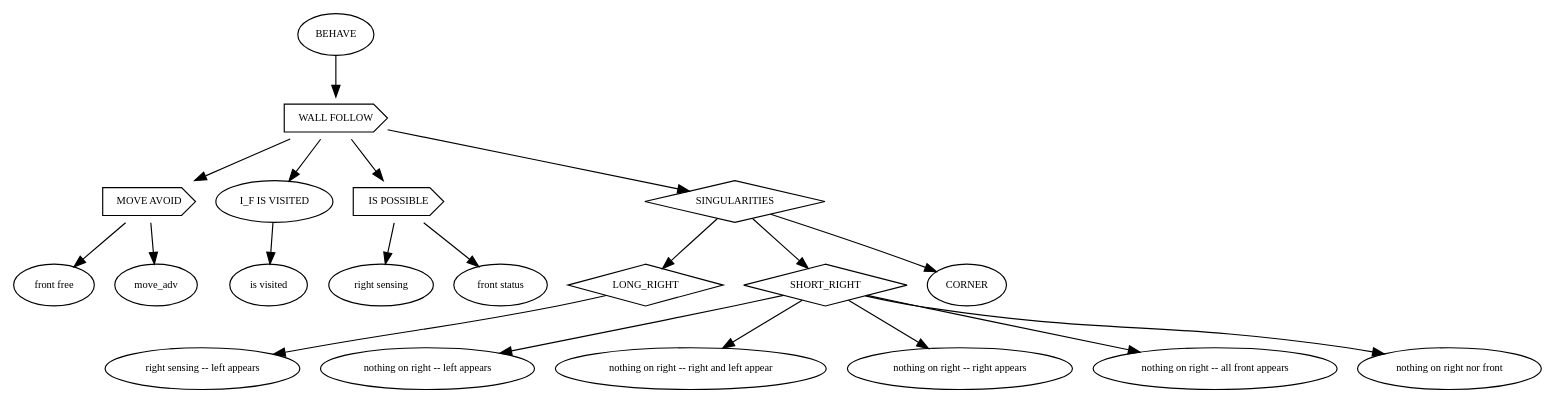
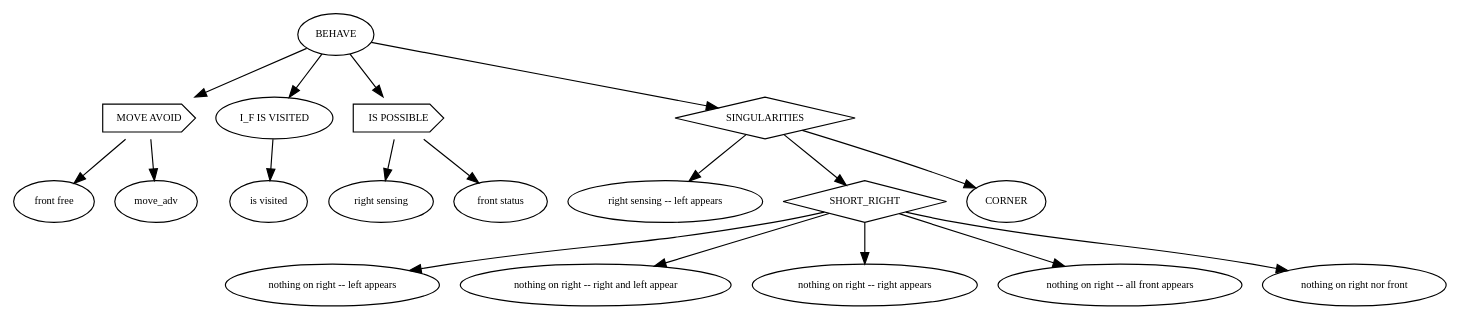
One commit to jescasany/adaptor001 changed the diagram in tree.dot. Above: the diagram before and after it, drawn with Graphviz. The commit also changed 1 other file, not shown here.

```diff
--- a/tree.dot
+++ b/tree.dot
@@ -1,34 +1,30 @@
 strict digraph  {
 	graph [bgcolor=white,
 		ordering=out,
 		rotate=0
 	];
 	node [color=black,
 		fontsize=9
 	];
-	"WALL FOLLOW"	 [shape=cds];
-	BEHAVE -> "WALL FOLLOW";
 	"MOVE AVOID"	 [shape=cds];
-	"WALL FOLLOW" -> "MOVE AVOID";
-	"WALL FOLLOW" -> "I_F IS VISITED";
+	BEHAVE -> "MOVE AVOID";
+	BEHAVE -> "I_F IS VISITED";
 	"IS POSSIBLE"	 [shape=cds];
-	"WALL FOLLOW" -> "IS POSSIBLE";
+	BEHAVE -> "IS POSSIBLE";
 	SINGULARITIES	 [shape=diamond];
-	"WALL FOLLOW" -> SINGULARITIES;
+	BEHAVE -> SINGULARITIES;
 	"MOVE AVOID" -> "front free";
 	"MOVE AVOID" -> move_adv;
 	"I_F IS VISITED" -> "is visited";
 	"IS POSSIBLE" -> "right sensing";
 	"IS POSSIBLE" -> "front status";
-	LONG_RIGHT	 [shape=diamond];
-	SINGULARITIES -> LONG_RIGHT;
+	SINGULARITIES -> "right sensing -- left appears";
 	SHORT_RIGHT	 [shape=diamond];
 	SINGULARITIES -> SHORT_RIGHT;
 	SINGULARITIES -> CORNER;
-	LONG_RIGHT -> "right sensing -- left appears";
 	SHORT_RIGHT -> "nothing on right -- left appears";
 	SHORT_RIGHT -> "nothing on right -- right and left appear";
 	SHORT_RIGHT -> "nothing on right -- right appears";
 	SHORT_RIGHT -> "nothing on right -- all front appears";
 	SHORT_RIGHT -> "nothing on right nor front";
 }
```
